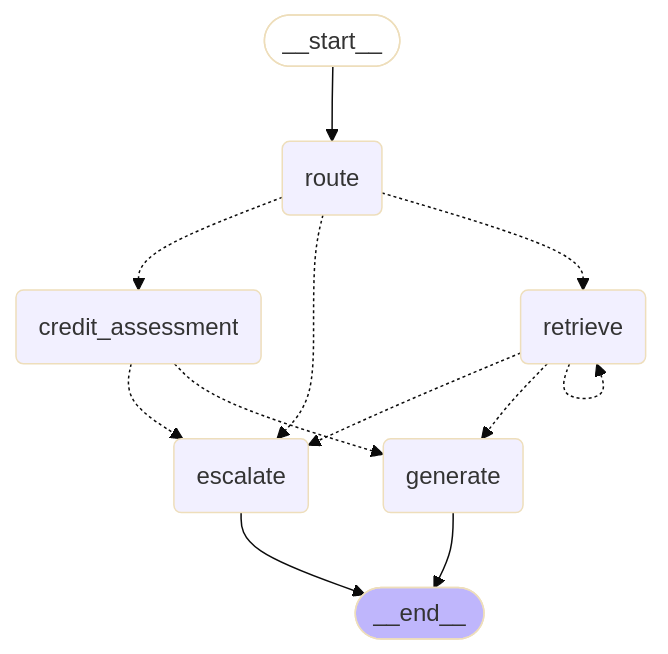
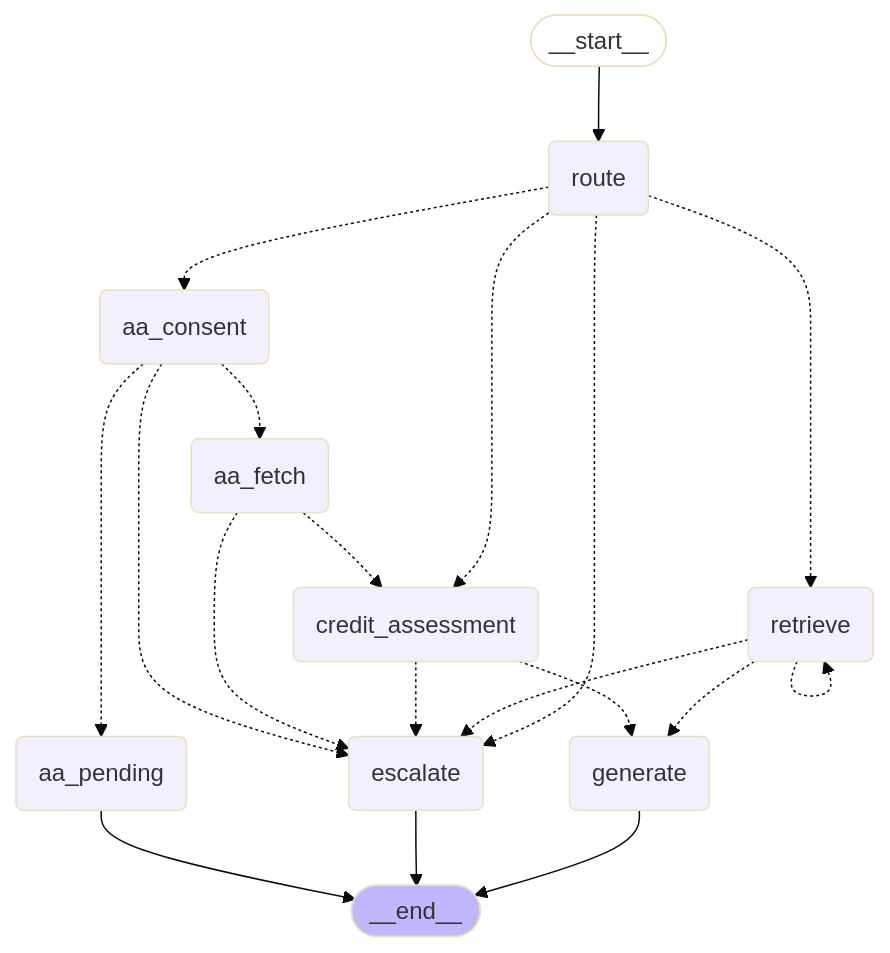
The diagram in docs/langgraph_state_machine.md (bhavyabhandary-star/finbuddy-agentic-rag-langgraph), drawn with Mermaid (base theme) before and after one commit. The commit also changed other lines of this file and 24 other files, not shown here.

First line of the commit message:
Add real-data readiness gate and consent-aware Account Aggregator flow

````diff
--- a/docs/langgraph_state_machine.md
+++ b/docs/langgraph_state_machine.md
@@ -12,24 +12,34 @@
 ```mermaid
 graph TD;
 	__start__([<p>__start__</p>]):::first
 	route(route)
 	retrieve(retrieve)
 	credit_assessment(credit_assessment)
 	generate(generate)
 	escalate(escalate)
+	aa_consent(aa_consent)
+	aa_fetch(aa_fetch)
+	aa_pending(aa_pending)
 	__end__([<p>__end__</p>]):::last
 	__start__ --> route;
+	aa_consent -.-> aa_fetch;
+	aa_consent -.-> aa_pending;
+	aa_consent -.-> escalate;
+	aa_fetch -.-> credit_assessment;
+	aa_fetch -.-> escalate;
 	credit_assessment -.-> escalate;
 	credit_assessment -.-> generate;
 	retrieve -.-> escalate;
 	retrieve -.-> generate;
+	route -.-> aa_consent;
 	route -.-> credit_assessment;
 	route -.-> escalate;
 	route -.-> retrieve;
+	aa_pending --> __end__;
 	escalate --> __end__;
 	generate --> __end__;
 	retrieve -.-> retrieve;
 	classDef default fill:#f2f0ff,line-height:1.2
 	classDef first fill-opacity:0
 	classDef last fill:#bfb6fc
 ```
````
